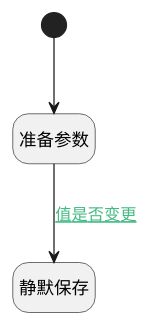
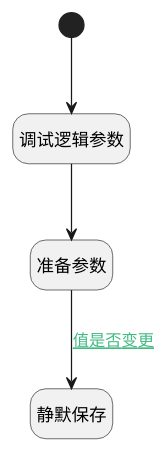
Before and after one commit to iBizLab/plm: the diagram in doc/docsify/module/Wiki/article_page/uilogic/auto_save.md, drawn with PlantUML. The commit also changed other lines of this file and 2344 other files, not shown here.

````diff
--- a/doc/docsify/module/Wiki/article_page/uilogic/auto_save.md
+++ b/doc/docsify/module/Wiki/article_page/uilogic/auto_save.md
@@ -7,21 +7,23 @@
 ```plantuml
 @startuml
 hide footbox
 <style>
 root {
   HyperlinkColor #42b983
 }
 </style>
 
 hide empty description
 state "开始" as Begin <<start>> [[$./auto_save#begin {开始}]]
+state "调试逻辑参数" as DEBUGPARAM1  [[$./auto_save#debugparam1 {调试逻辑参数}]]
 state "准备参数" as PREPAREJSPARAM1  [[$./auto_save#preparejsparam1 {准备参数}]]
 state "静默保存" as VIEWCTRLINVOKE1  [[$./auto_save#viewctrlinvoke1 {静默保存}]]
 
 
-Begin --> PREPAREJSPARAM1
+Begin --> DEBUGPARAM1
+DEBUGPARAM1 --> PREPAREJSPARAM1
 PREPAREJSPARAM1 --> VIEWCTRLINVOKE1 : [[$./auto_save#preparejsparam1-viewctrlinvoke1{值是否变更} 值是否变更]]
 
 
 @enduml
 ```
````
